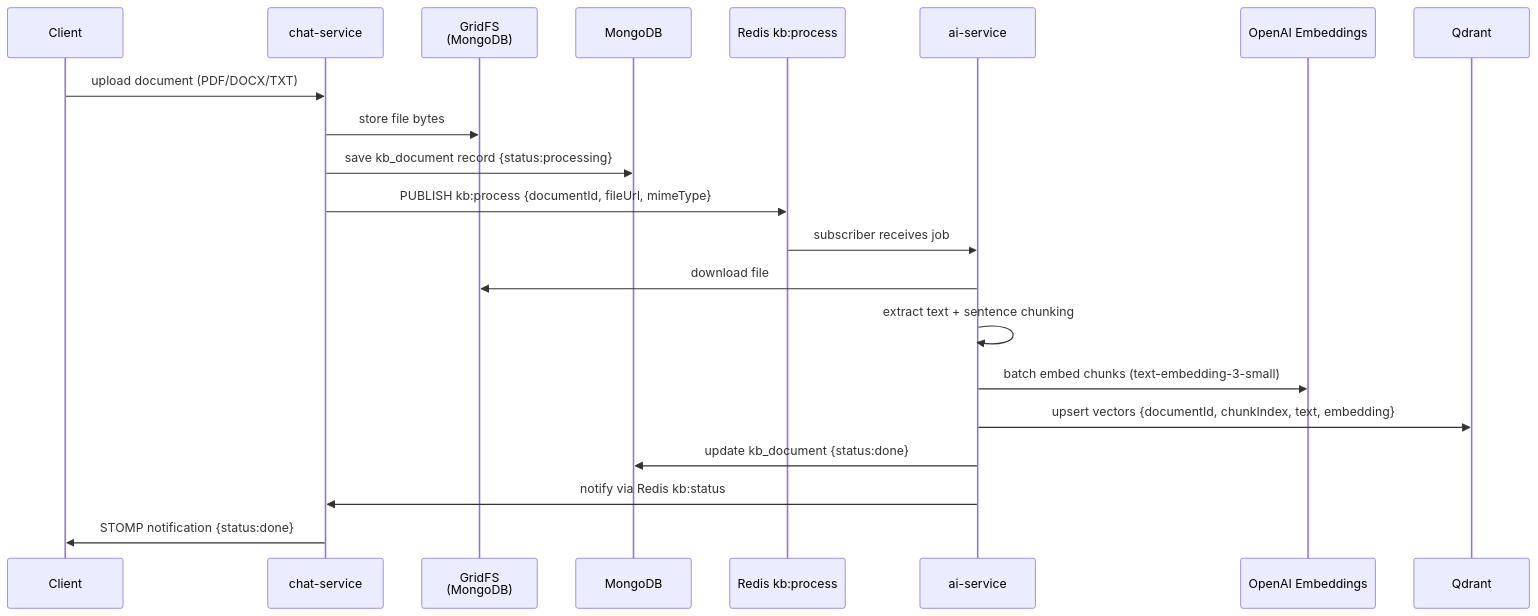
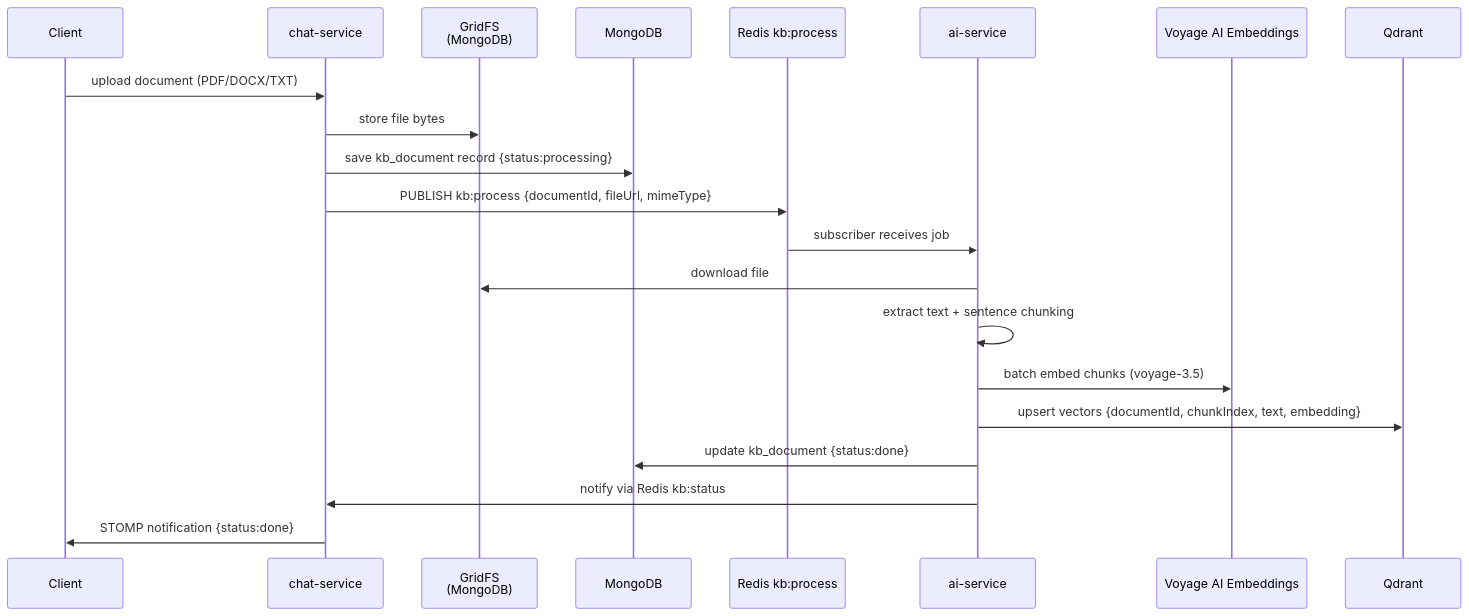
Before and after one commit to MITOM06/platform: the fifth of 7 diagrams in docs/architecture.md, drawn with Mermaid. The commit also changed other lines of this file and 11 other files, not shown here.

First line of the commit message:
docs(ai): drop OpenAI — embeddings are Voyage AI (Anthropic's partner)

````diff
--- a/docs/architecture.md
+++ b/docs/architecture.md
@@ -182,25 +182,25 @@
 ```mermaid
 sequenceDiagram
     participant C as Client
     participant CS as chat-service
     participant GFS as GridFS<br/>(MongoDB)
     participant MDB as MongoDB
     participant RD as Redis kb:process
     participant AI as ai-service
-    participant OAI as OpenAI Embeddings
+    participant OAI as Voyage AI Embeddings
     participant QDR as Qdrant
 
     C->>CS: upload document (PDF/DOCX/TXT)
     CS->>GFS: store file bytes
     CS->>MDB: save kb_document record {status:processing}
     CS->>RD: PUBLISH kb:process {documentId, fileUrl, mimeType}
 
     RD->>AI: subscriber receives job
     AI->>GFS: download file
     AI->>AI: extract text + sentence chunking
-    AI->>OAI: batch embed chunks (text-embedding-3-small)
+    AI->>OAI: batch embed chunks (voyage-3.5)
     AI->>QDR: upsert vectors {documentId, chunkIndex, text, embedding}
     AI->>MDB: update kb_document {status:done}
     AI->>CS: notify via Redis kb:status
     CS->>C: STOMP notification {status:done}
 ```
````
